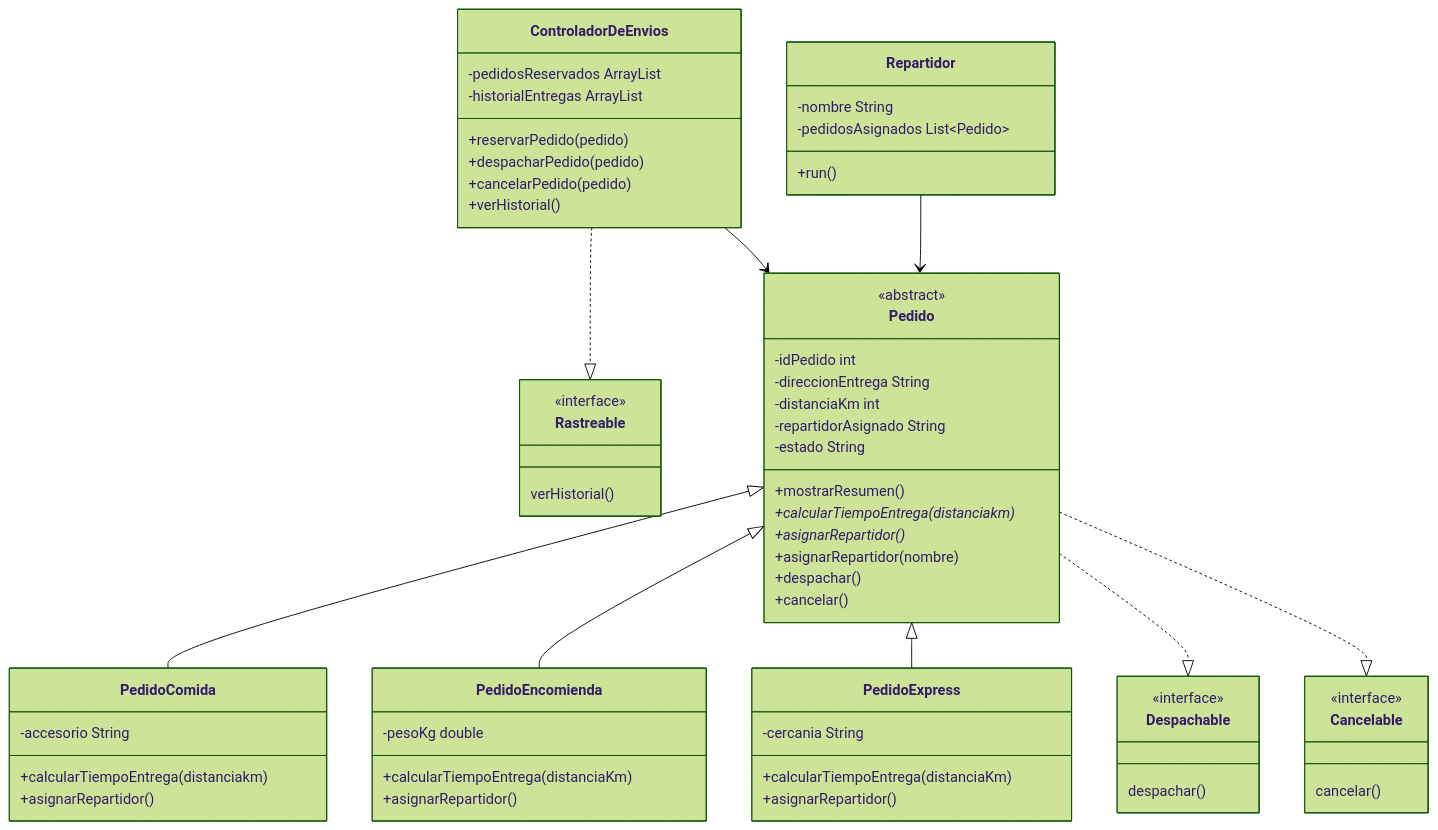
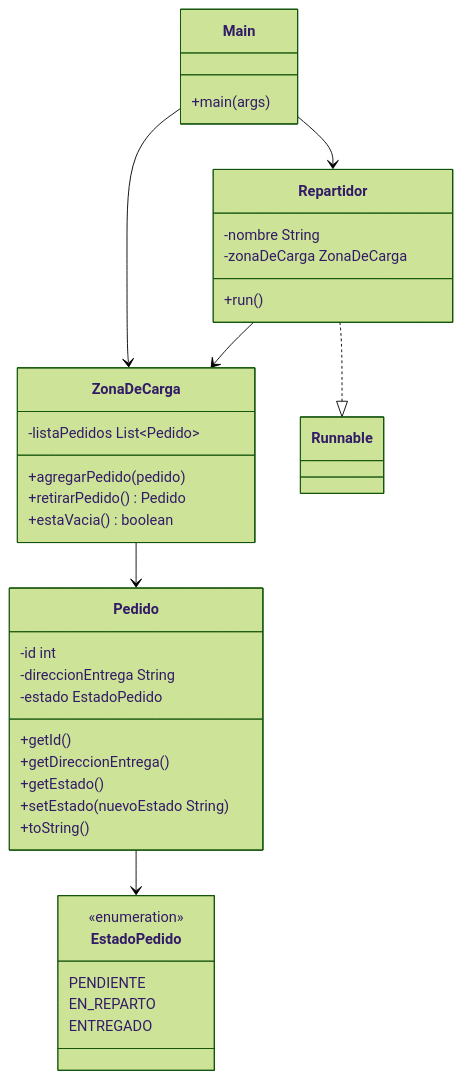
Before and after one commit to VicenteCastroIb/SpeedFast-Semana8: the diagram in README.md, drawn with Mermaid (forest theme). The commit also changed other lines of this file and 3 other files, not shown here.

````diff
--- a/README.md
+++ b/README.md
@@ -39,67 +27,40 @@
 ```mermaid
 classDiagram
+    class EstadoPedido {
+        <<enumeration>>
+        PENDIENTE
+        EN_REPARTO
+        ENTREGADO
+    }
     class Pedido {
-        <<abstract>>
-        -idPedido int
+        -id int
         -direccionEntrega String
-        -distanciaKm int
-        -repartidorAsignado String
-        -estado String
-        +mostrarResumen()
-        +calcularTiempoEntrega(distanciakm)*
-        +asignarRepartidor()*
-        +asignarRepartidor(nombre)
-        +despachar()
-        +cancelar()
+        -estado EstadoPedido
+        +getId()
+        +getDireccionEntrega()
+        +getEstado()
+        +setEstado(nuevoEstado String)
+        +toString()
     }
-    class PedidoComida {
-        -accesorio String
-        +calcularTiempoEntrega(distanciakm)
-        +asignarRepartidor()
+    class ZonaDeCarga {
+        -listaPedidos List~Pedido~
+        +agregarPedido(pedido)
+        +retirarPedido() Pedido
+        +estaVacia() boolean
     }
-    class PedidoEncomienda {
-        -pesoKg double
-        +calcularTiempoEntrega(distanciaKm)
-        +asignarRepartidor()
+    class Repartidor {
+        -nombre String
+        -zonaDeCarga ZonaDeCarga
+        +run()
     }
-    class PedidoExpress {
-        -cercania String
-        +calcularTiempoEntrega(distanciaKm)
-        +asignarRepartidor()
-    }
-    class Despachable {
-        <<interface>>
-        despachar()
-    }
-    class Cancelable {
-        <<interface>>
-        cancelar()
-    }
-    class Rastreable {
-        <<interface>>
-        verHistorial()
-    }
-    class ControladorDeEnvios {
-        -pedidosReservados ArrayList
-        -historialEntregas ArrayList
-        +reservarPedido(pedido)
-        +despacharPedido(pedido)
-        +cancelarPedido(pedido)
-        +verHistorial()
+    class Main {
+        +main(args)
     }
 
-    Pedido <|-- PedidoComida
-    Pedido <|-- PedidoEncomienda
-    Pedido <|-- PedidoExpress
-    Pedido ..|> Despachable
-    Pedido ..|> Cancelable
-    ControladorDeEnvios ..|> Rastreable
-    ControladorDeEnvios --> Pedido
-
-    class Repartidor {
-        -nombre String
-        -pedidosAsignados List~Pedido~
-        +run()
-    }
-    Repartidor --> Pedido
+    Pedido --> EstadoPedido
+    ZonaDeCarga --> Pedido
+    Repartidor ..|> Runnable
+    Repartidor --> ZonaDeCarga
+    Main --> ZonaDeCarga
+    Main --> Repartidor
 ```
````
